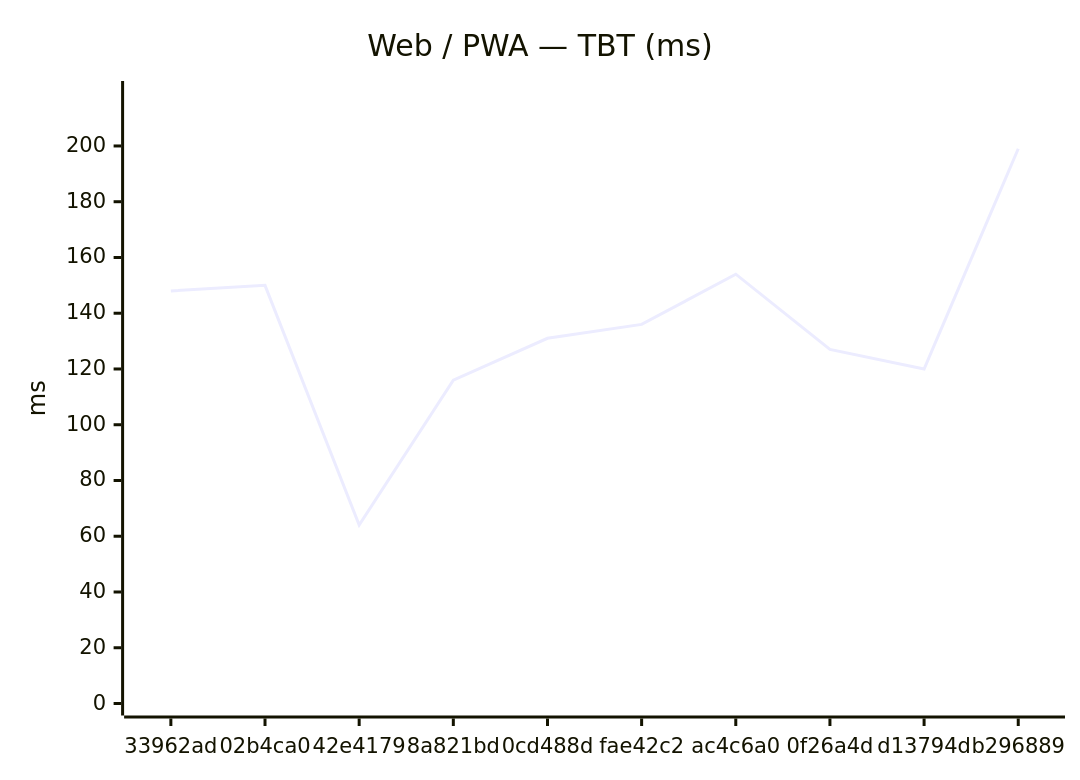
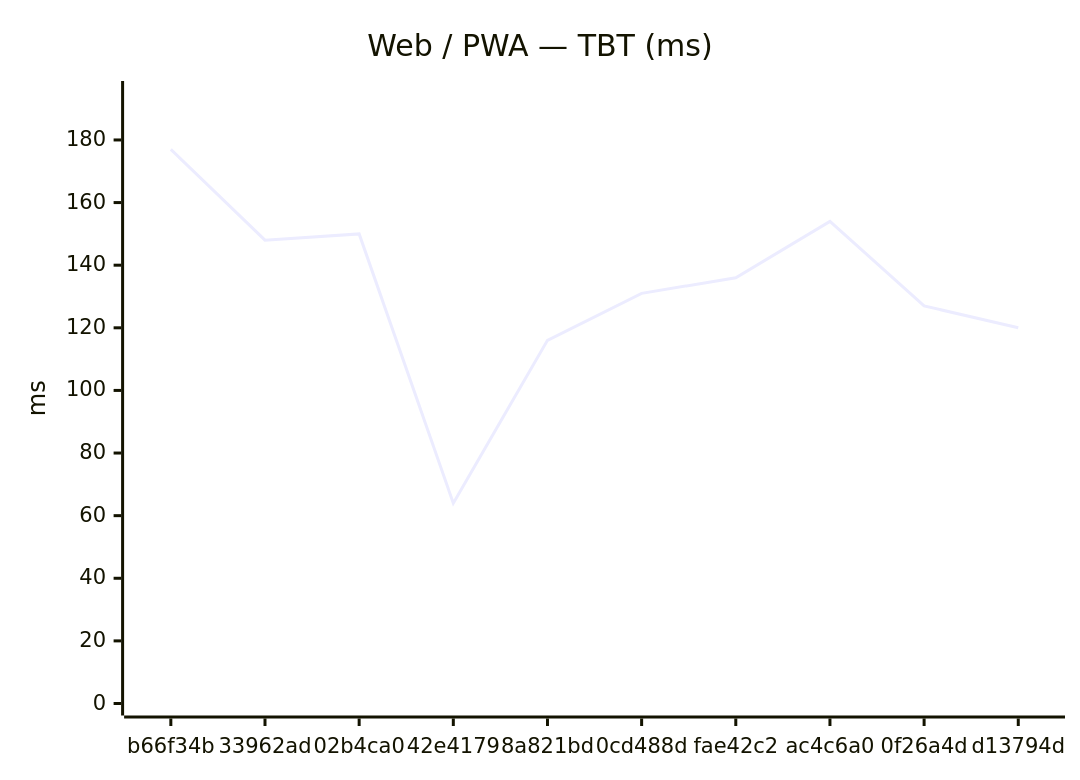
One commit to Metaheurist/Rianell changed the second of 18 diagrams in benchmarks/compare.md. Above: the diagram before and after it, drawn with Mermaid. The commit also changed other lines of this file and 11 other files, not shown here.

````diff
--- a/benchmarks/compare.md
+++ b/benchmarks/compare.md
@@ -31,7 +31,7 @@
 ```mermaid
 xychart-beta
     title "Web / PWA — TBT (ms)"
-    x-axis ["33962ad", "02b4ca0", "42e4179", "8a821bd", "0cd488d", "fae42c2", "ac4c6a0", "0f26a4d", "d13794d", "b296889"]
-    y-axis "ms" 0 --> 219
-    line [148, 150, 64, 116, 131, 136, 154, 127, 120, 199]
+    x-axis ["b66f34b", "33962ad", "02b4ca0", "42e4179", "8a821bd", "0cd488d", "fae42c2", "ac4c6a0", "0f26a4d", "d13794d"]
+    y-axis "ms" 0 --> 195
+    line [177, 148, 150, 64, 116, 131, 136, 154, 127, 120]
 ```
````
